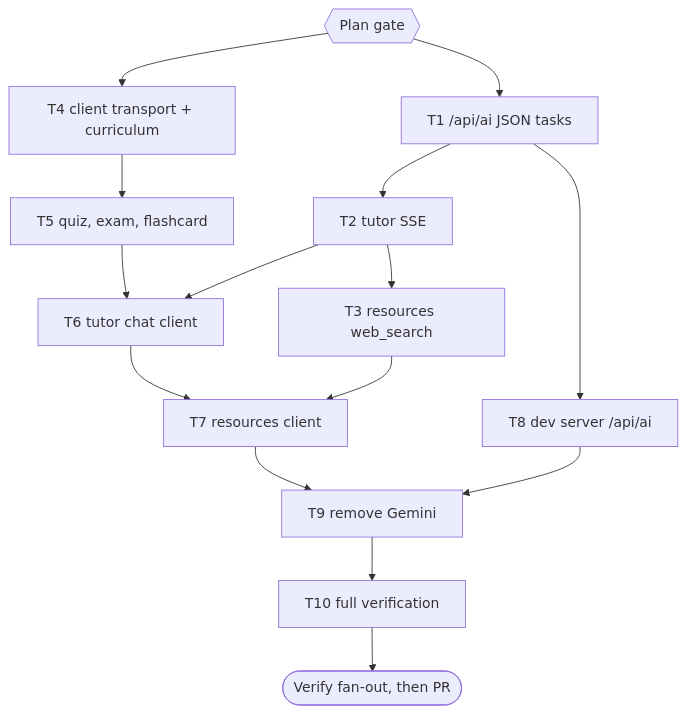
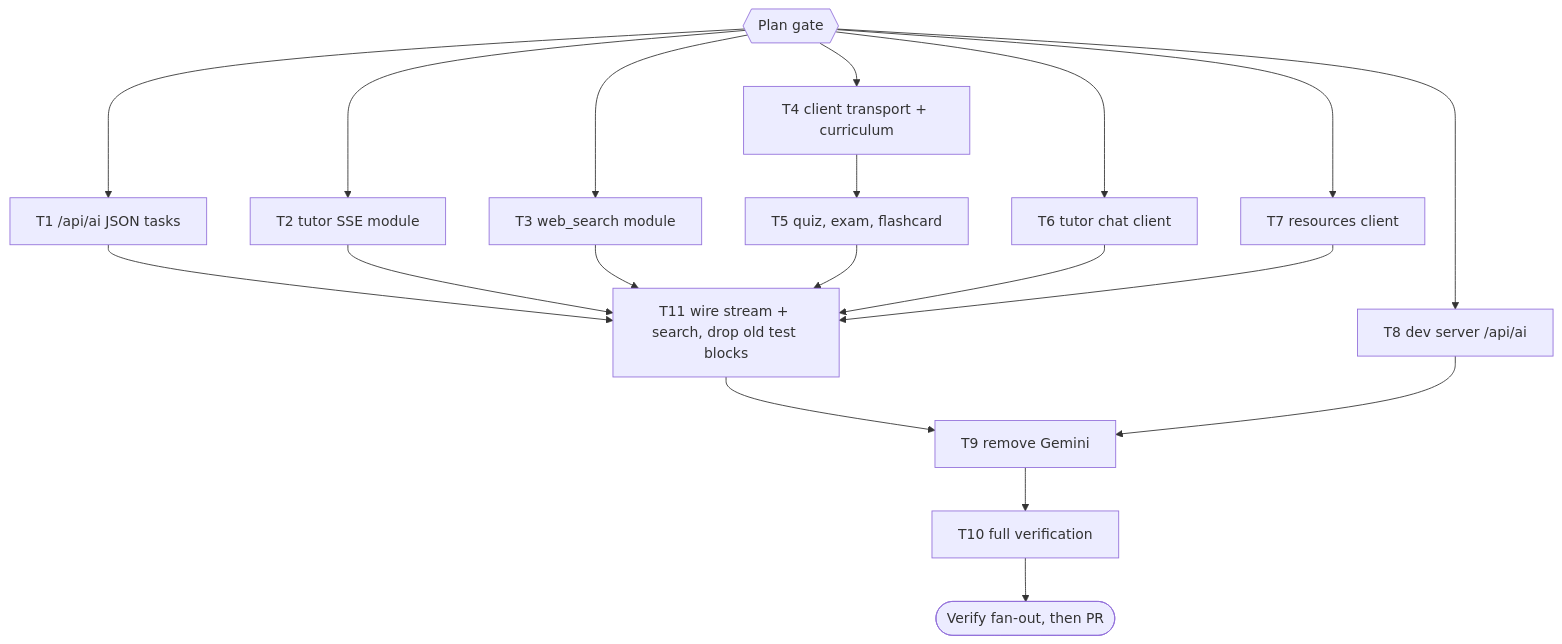
Before and after one commit to belajarcarabelajar/adaptiva: the diagram in docs/code-plan/plans/2026-11-12-migrasi-claude.md, drawn with Mermaid. The commit also changed other lines of this file and 4 other files, not shown here.

First line of the commit message:
docs: describe the Claude /api/ai route and route /api/ai before the SPA fallback

````diff
--- a/docs/code-plan/plans/2026-11-12-migrasi-claude.md
+++ b/docs/code-plan/plans/2026-11-12-migrasi-claude.md
@@ -223,19 +240,23 @@
 ```mermaid
 flowchart TD
-    accTitle: Task graph for the Claude migration
-    accDescr: The plan gate opens the server chain (JSON endpoint, tutor stream, resources search) and the client chain (transport with curriculum, quiz and flashcard, chat, resources) plus the dev server, all of which merge into Gemini removal and full verification.
-    G{{"Plan gate"}} --> T1
-    T1["T1 /api/ai JSON tasks"] --> T2["T2 tutor SSE"]
-    T2 --> T3["T3 resources web_search"]
+    accTitle: Task graph for the Claude migration (v1.2)
+    accDescr: The plan gate opens independent pieces in parallel: the server endpoint, the tutor and search modules, the client transport chain, chat and resources clients, and the dev server. The parent wires the stream and search modules into the core, then Gemini is removed and everything is verified.
+    G{{"Plan gate"}} --> T1["T1 /api/ai JSON tasks"]
+    G --> T2["T2 tutor SSE module"]
+    G --> T3["T3 web_search module"]
     G --> T4["T4 client transport + curriculum"]
     T4 --> T5["T5 quiz, exam, flashcard"]
-    T5 --> T6["T6 tutor chat client"]
-    T2 --> T6
-    T6 --> T7["T7 resources client"]
-    T3 --> T7
-    T1 --> T8["T8 dev server /api/ai"]
-    T7 --> T9["T9 remove Gemini"]
+    G --> T6["T6 tutor chat client"]
+    G --> T7["T7 resources client"]
+    G --> T8["T8 dev server /api/ai"]
+    T1 --> T11["T11 wire stream + search, drop old test blocks"]
+    T2 --> T11
+    T3 --> T11
+    T5 --> T11
+    T6 --> T11
+    T7 --> T11
+    T11 --> T9["T9 remove Gemini"]
     T8 --> T9
     T9 --> T10["T10 full verification"]
     T10 --> V(["Verify fan-out, then PR"])
 ```
````
